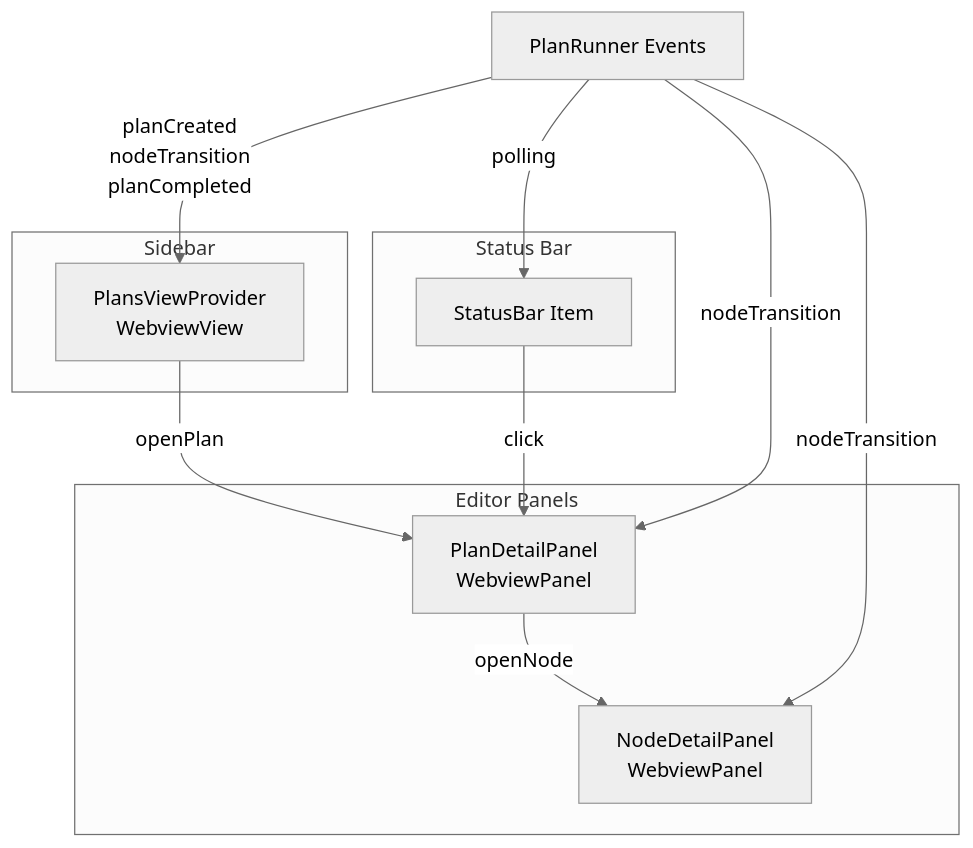
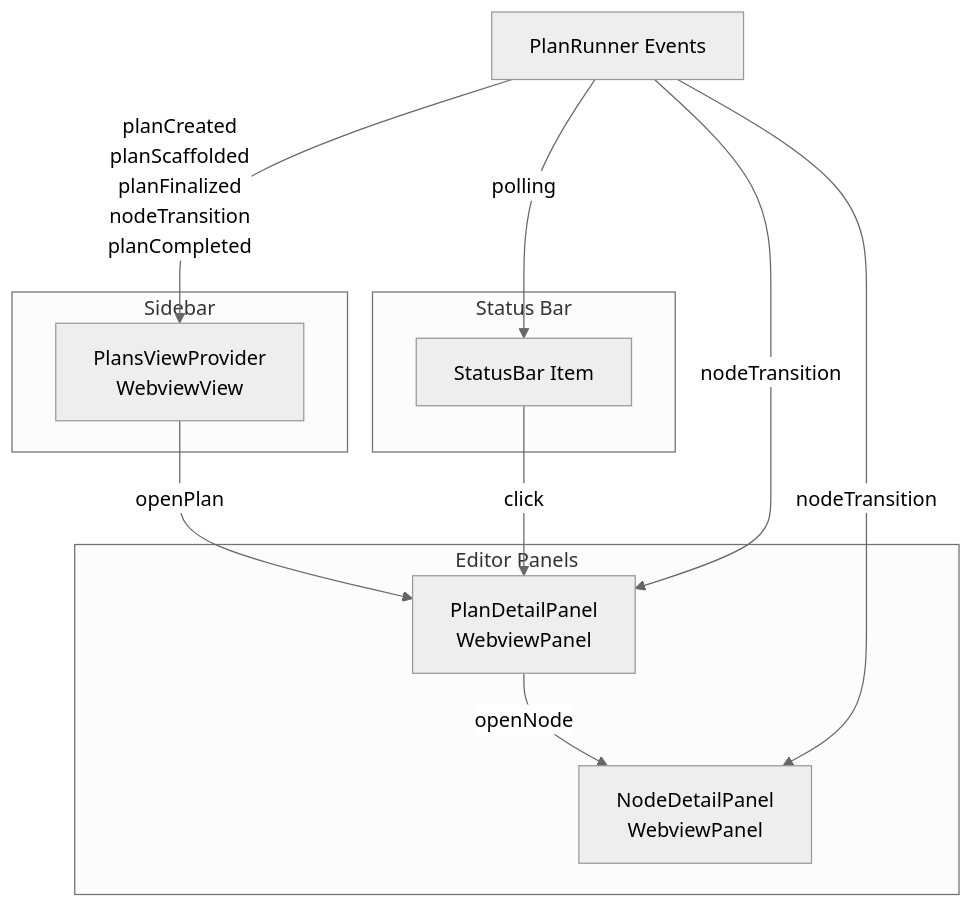
The seventh of 7 diagrams in docs/ARCHITECTURE.md (JeromySt/vscode-copilot-orchestrator), drawn with Mermaid (neutral theme) before and after one commit. The commit also changed other lines of this file and 300 other files, not shown here.

````diff
--- a/docs/ARCHITECTURE.md
+++ b/docs/ARCHITECTURE.md
@@ -579,24 +640,24 @@
 ```mermaid
 graph TB
     subgraph "Sidebar"
         PV[PlansViewProvider<br/>WebviewView]
     end
 
     subgraph "Editor Panels"
         PDP[PlanDetailPanel<br/>WebviewPanel]
         NDP[NodeDetailPanel<br/>WebviewPanel]
     end
 
     subgraph "Status Bar"
         SB[StatusBar Item]
     end
 
     PV -->|openPlan| PDP
     PDP -->|openNode| NDP
     SB -->|click| PDP
 
-    PR[PlanRunner Events] -->|planCreated<br/>nodeTransition<br/>planCompleted| PV
+    PR[PlanRunner Events] -->|planCreated<br/>planScaffolded<br/>planFinalized<br/>nodeTransition<br/>planCompleted| PV
     PR -->|nodeTransition| PDP
     PR -->|nodeTransition| NDP
     PR -->|polling| SB
 ```
````
